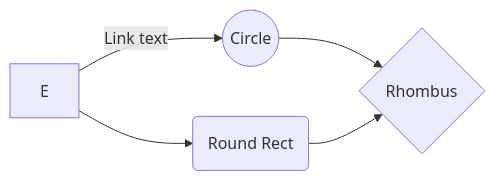
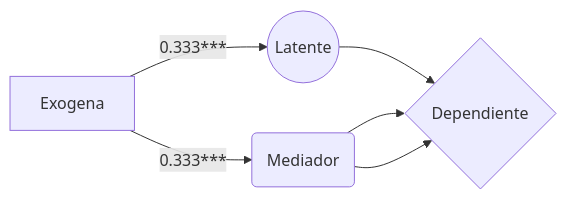
Before and after one commit to juancarloscastillo/reporte-paces: the diagram in 01-reporte_metodologico.Rmd, drawn with Mermaid. The commit also changed other lines of this file, not shown here.

Commit message:
01-reporte_metodologico.Rmd updated from https://stackedit.io/

````diff
--- a/01-reporte_metodologico.Rmd
+++ b/01-reporte_metodologico.Rmd
@@ -12,7 +12,8 @@
 ```mermaid
 graph LR
-A[E] -- Link text --> B((Circle))
-A --> C(Round Rect)
-B --> D{Rhombus}
+A[Exogena] -- 0.333*** --> B((Latente))
+A -- 0.333*** --> C(Mediador)
+B --> D{Dependiente}
+C --> D
 C --> D
 ```
````
